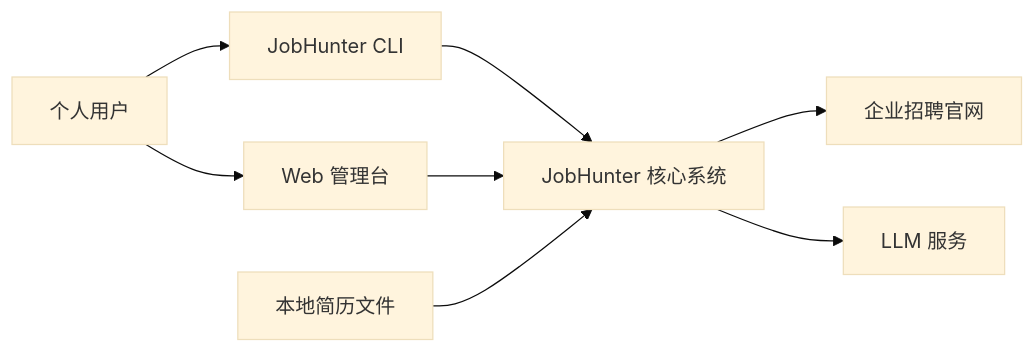
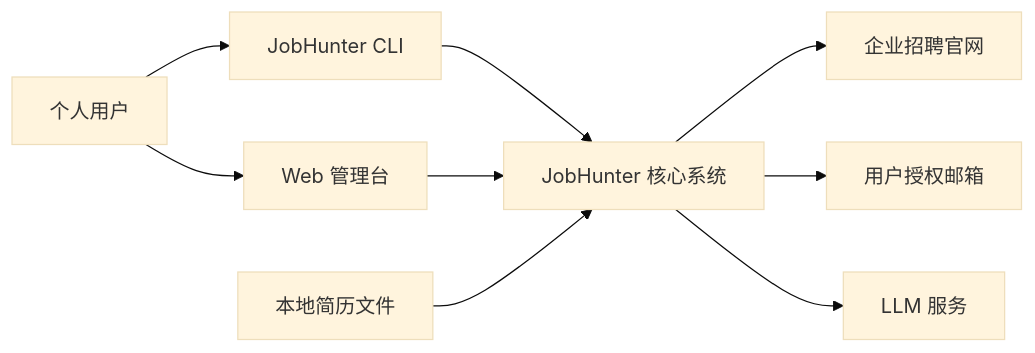
Before and after one commit to MonarchMan/JobHunter: the first of 9 diagrams in docs/arch/overall-arch.md, drawn with Mermaid (base theme). The commit also changed other lines of this file and 74 other files, not shown here.

````diff
--- a/docs/arch/overall-arch.md
+++ b/docs/arch/overall-arch.md
@@ -125,18 +147,20 @@
 ```mermaid
 flowchart LR
     U["个人用户"]
     CLI["JobHunter CLI"]
     WEB["Web 管理台"]
     SYS["JobHunter 核心系统"]
     SITES["企业招聘官网"]
+    MAILBOX["用户授权邮箱"]
     LLM["LLM 服务"]
     FILES["本地简历文件"]
 
     U --> CLI
     U --> WEB
     CLI --> SYS
     WEB --> SYS
     FILES --> SYS
     SYS --> SITES
+    SYS --> MAILBOX
     SYS --> LLM
 ```
````
